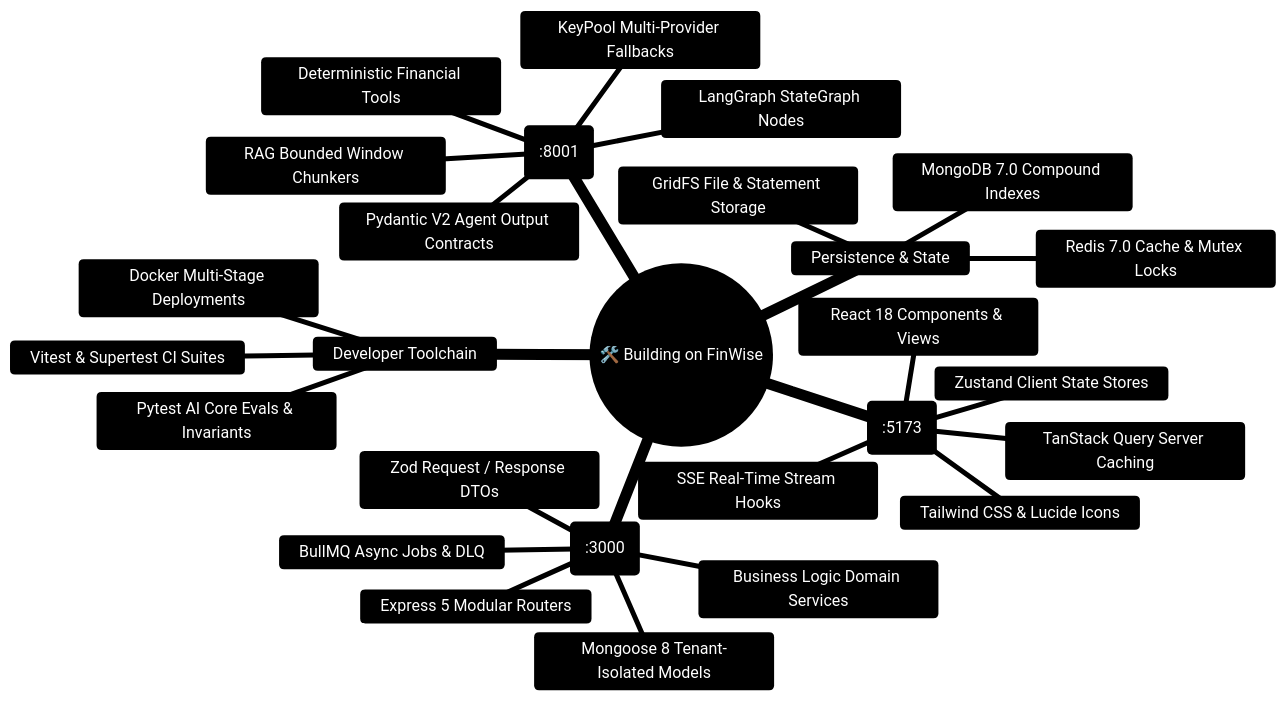
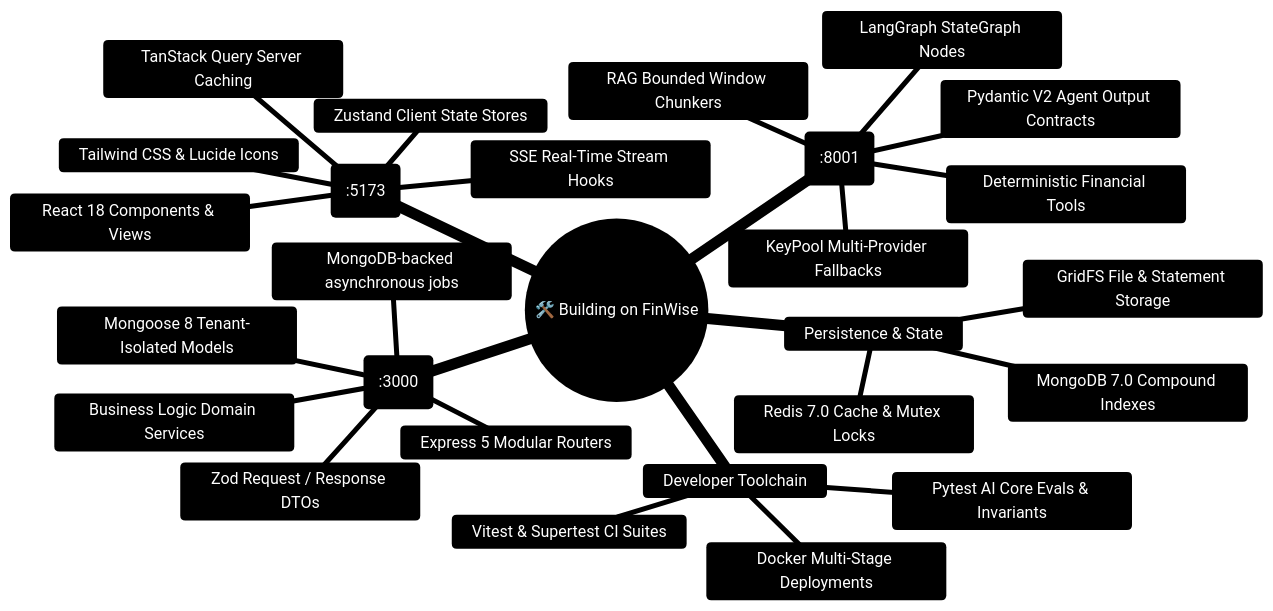
Before and after one commit to Ganesh172919/personal-finance: the first of 15 diagrams in docs/BUILDING_ON_THIS_PROJECT.md, drawn with Mermaid. The commit also changed other lines of this file and 1026 other files, not shown here.

````diff
--- a/docs/BUILDING_ON_THIS_PROJECT.md
+++ b/docs/BUILDING_ON_THIS_PROJECT.md
@@ -11,31 +14,31 @@
 ```mermaid
 %%{init: {'theme': 'base', 'themeVariables': { 'primaryColor': '#1e293b', 'primaryTextColor': '#ffffff', 'primaryBorderColor': '#38bdf8', 'lineColor': '#818cf8', 'secondaryColor': '#0f172a', 'tertiaryColor': '#1e1e38'}}}%%
 mindmap
   root((🛠️ Building on FinWise))
     Frontend Extension (:5173)
       React 18 Components & Views
       Zustand Client State Stores
       TanStack Query Server Caching
       SSE Real-Time Stream Hooks
       Tailwind CSS & Lucide Icons
     Gateway Extension (:3000)
       Express 5 Modular Routers
       Zod Request / Response DTOs
       Mongoose 8 Tenant-Isolated Models
       Business Logic Domain Services
-      BullMQ Async Jobs & DLQ
+      MongoDB-backed asynchronous jobs
     AI Core Extension (:8001)
       LangGraph StateGraph Nodes
       Pydantic V2 Agent Output Contracts
       Deterministic Financial Tools
       KeyPool Multi-Provider Fallbacks
       RAG Bounded Window Chunkers
     Persistence & State
       MongoDB 7.0 Compound Indexes
       Redis 7.0 Cache & Mutex Locks
       GridFS File & Statement Storage
     Developer Toolchain
       Vitest & Supertest CI Suites
       Pytest AI Core Evals & Invariants
       Docker Multi-Stage Deployments
 ```
````
